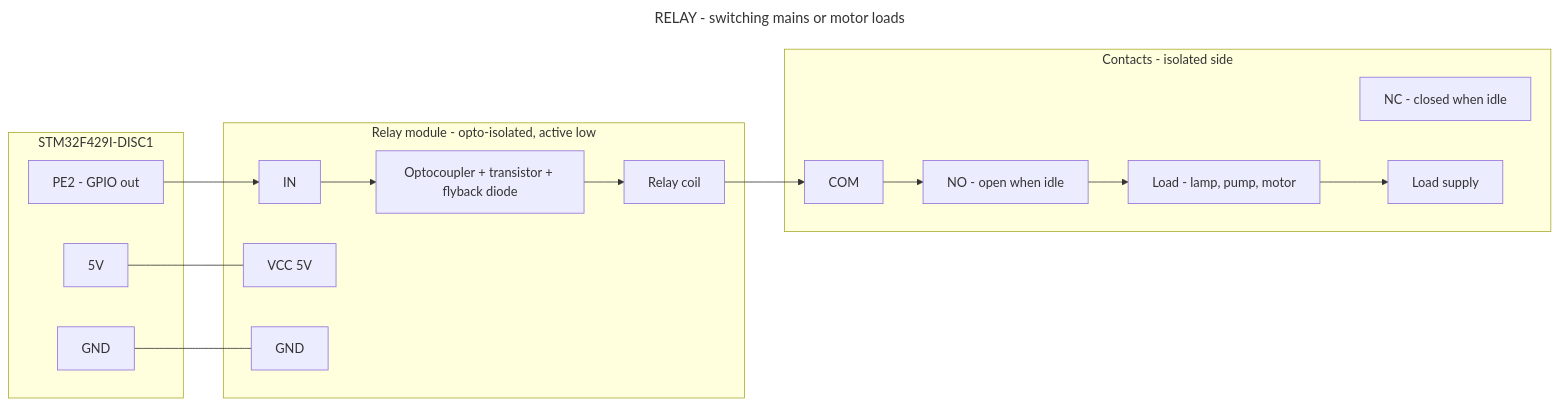
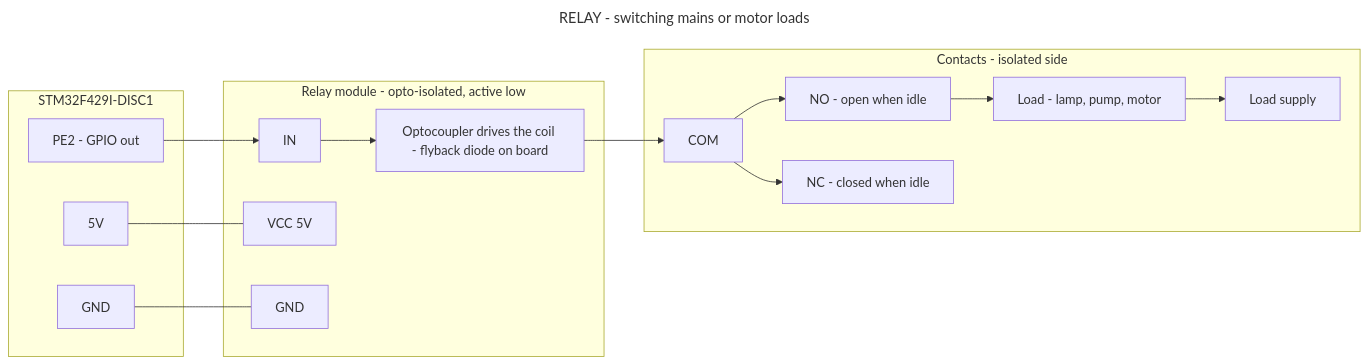
The diagram in Sensor_Cons/Peripherals/RELAY/relay_wiring.mmd (Ekpenyong-Esu/BareMetalMCU2), drawn with Mermaid before and after one commit. The commit also changed 13 other files, not shown here.

Commit message:
Rank the remaining wiring diagrams into a single row

```diff
--- a/Sensor_Cons/Peripherals/RELAY/relay_wiring.mmd
+++ b/Sensor_Cons/Peripherals/RELAY/relay_wiring.mmd
@@ -1,44 +1,43 @@
 ---
 title: RELAY - switching mains or motor loads
 ---
 %% NO DOCUMENTED PINS - Relay_Init takes any port and pin plus a polarity.
 %% PE2 is free in project.ioc.
 %% Most blue relay modules are ACTIVE LOW - pass RELAY_ACTIVE_LOW or the
 %% relay will be energised the moment you initialise the pin.
 %% The coil needs far more current than a GPIO can give, so use a module with
 %% its own transistor and flyback diode, never a bare relay.
 %% Power the coil from 5 V, not from the 3.3 V rail.
 %% If you are switching mains: that side of the board is lethal, keep it
 %% physically separated and never probe it while live.
 flowchart LR
     subgraph MCU["STM32F429I-DISC1"]
         IN["PE2 - GPIO out"]
         V5["5V"]
         GND["GND"]
     end
 
     subgraph MOD["Relay module - opto-isolated, active low"]
         rIN["IN"]
         rV["VCC 5V"]
         rG["GND"]
-        rOPT["Optocoupler + transistor + flyback diode"]
-        rCOIL["Relay coil"]
+        rCOIL["Optocoupler drives the coil - flyback diode on board"]
     end
 
     subgraph CONT["Contacts - isolated side"]
         COM["COM"]
         NO["NO - open when idle"]
         NC["NC - closed when idle"]
         LOAD["Load - lamp, pump, motor"]
         SUP["Load supply"]
     end
 
     IN --> rIN
     V5 --- rV
     GND --- rG
-    rIN --> rOPT
-    rOPT --> rCOIL
+    rIN --> rCOIL
     rCOIL --> COM
     COM --> NO
+    COM --> NC
     NO --> LOAD
     LOAD --> SUP
```
